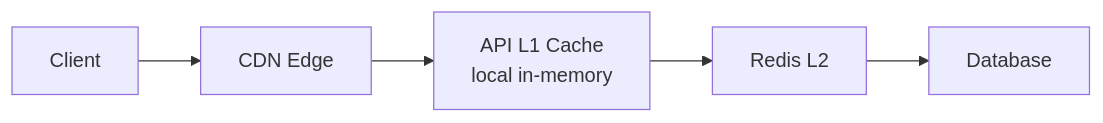
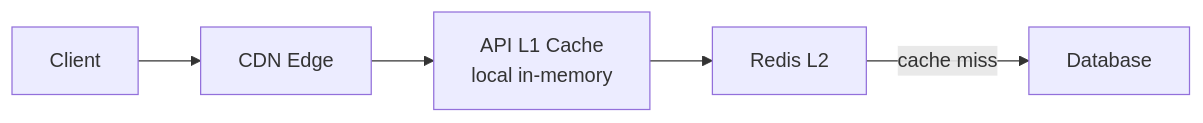
The sixth of 9 diagrams in live_service/part09_game_server_fleet.md (Rein-ArXiv/game-dev-curriculum), drawn with Mermaid before and after one commit. The commit also changed other lines of this file and 279 other files, not shown here.

````diff
--- a/live_service/part09_game_server_fleet.md
+++ b/live_service/part09_game_server_fleet.md
@@ -360,7 +375,7 @@
 ```mermaid
 flowchart LR
     C[Client] --> CDN[CDN Edge]
     CDN --> APIC[API L1 Cache<br/>local in-memory]
     APIC --> Redis[Redis L2]
-    Redis --> DB[Database]
+    Redis -->|cache miss| DB[Database]
 ```
````
